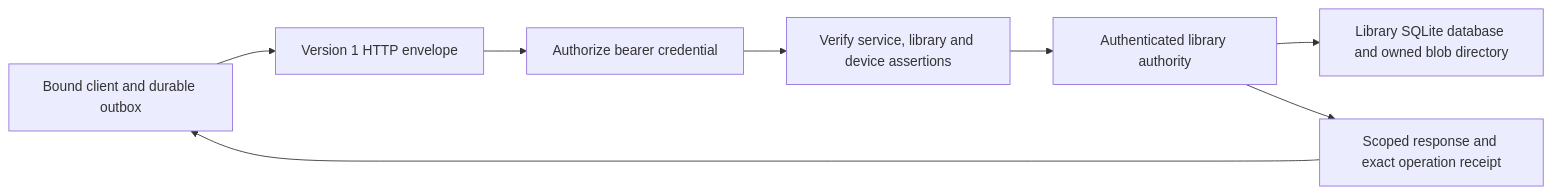
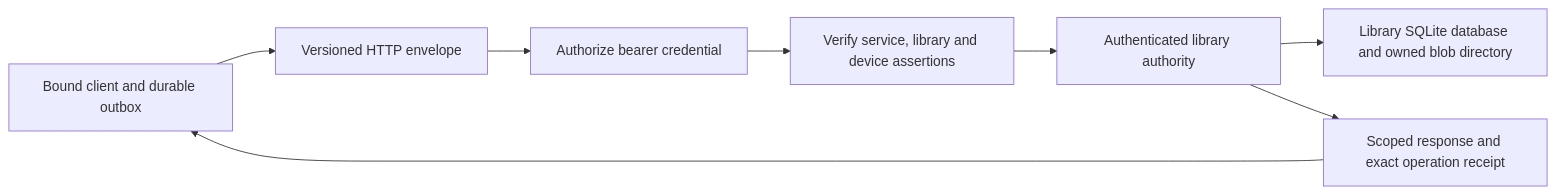
One commit to EzraCerpac/capd changed the diagram in docs/designs/production-sync.md. Above: the diagram before and after it, drawn with Mermaid. The commit also changed other lines of this file and 26 other files, not shown here.

````diff
--- a/docs/designs/production-sync.md
+++ b/docs/designs/production-sync.md
@@ -26,10 +26,10 @@
 ```mermaid
 flowchart LR
-    C[Bound client and durable outbox] --> E[Version 1 HTTP envelope]
+    C[Bound client and durable outbox] --> E[Versioned HTTP envelope]
     E --> A[Authorize bearer credential]
     A --> S[Verify service, library and device assertions]
     S --> L[Authenticated library authority]
     L --> D[Library SQLite database and owned blob directory]
     L --> R[Scoped response and exact operation receipt]
     R --> C
 ```
````
